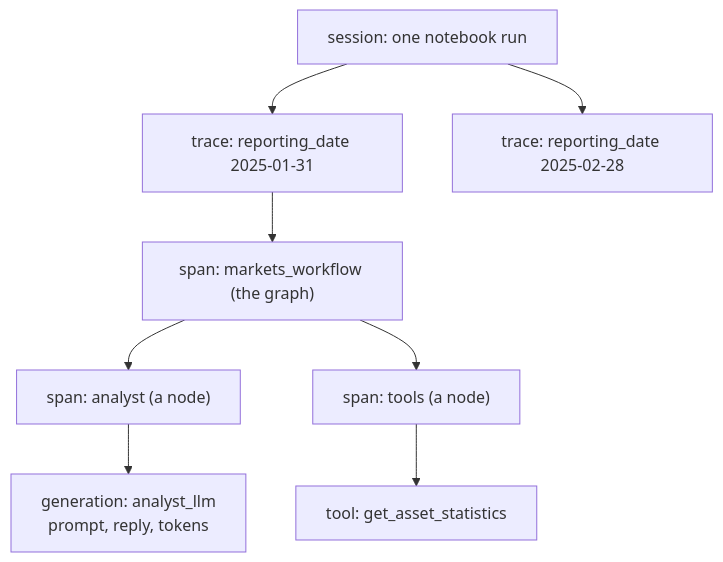
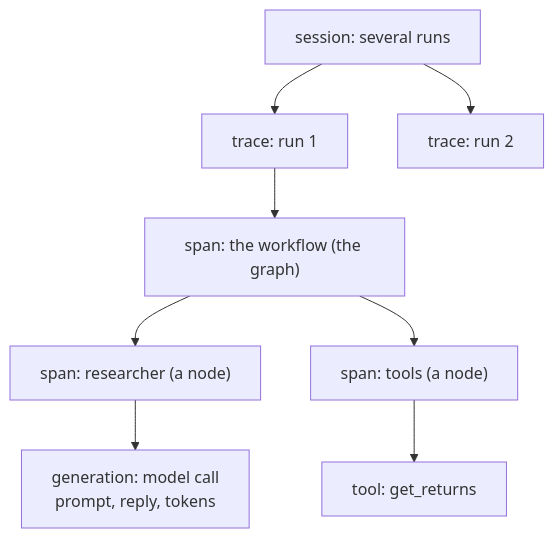
The diagram in content/Tracing and Langfuse.md (jacopomanenti01/hackathon-notes), drawn with Mermaid before and after one commit. The commit also changed other lines of this file and 30 other files, not shown here.

````diff
--- a/content/Tracing and Langfuse.md
+++ b/content/Tracing and Langfuse.md
@@ -34,10 +32,10 @@
 ```mermaid
 flowchart TD
-    S["session: one notebook run"] --> T1["trace: reporting_date 2025-01-31"]
-    S --> T2["trace: reporting_date 2025-02-28"]
-    T1 --> W["span: markets_workflow (the graph)"]
-    W --> A["span: analyst (a node)"]
-    A --> G["generation: analyst_llm<br/>prompt, reply, tokens"]
+    S["session: several runs"] --> T1["trace: run 1"]
+    S --> T2["trace: run 2"]
+    T1 --> W["span: the workflow (the graph)"]
+    W --> A["span: researcher (a node)"]
+    A --> G["generation: model call<br/>prompt, reply, tokens"]
     W --> T["span: tools (a node)"]
-    T --> TC["tool: get_asset_statistics"]
+    T --> TC["tool: get_returns"]
 ```
````
